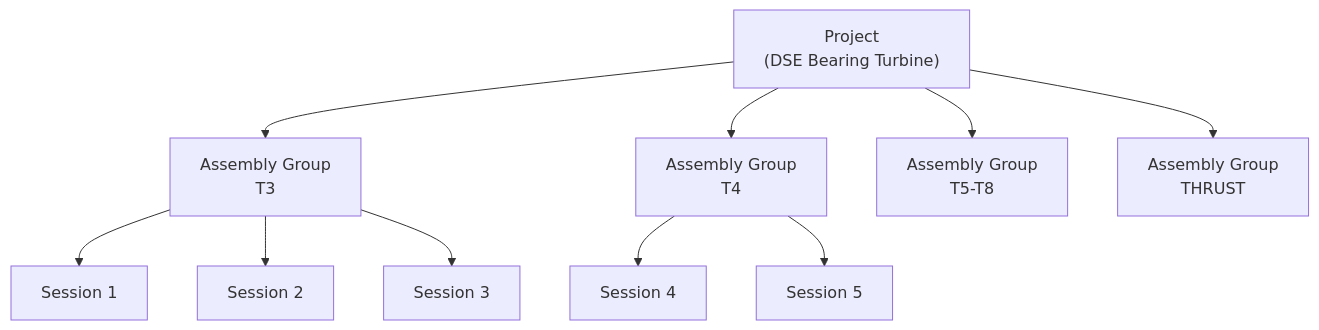
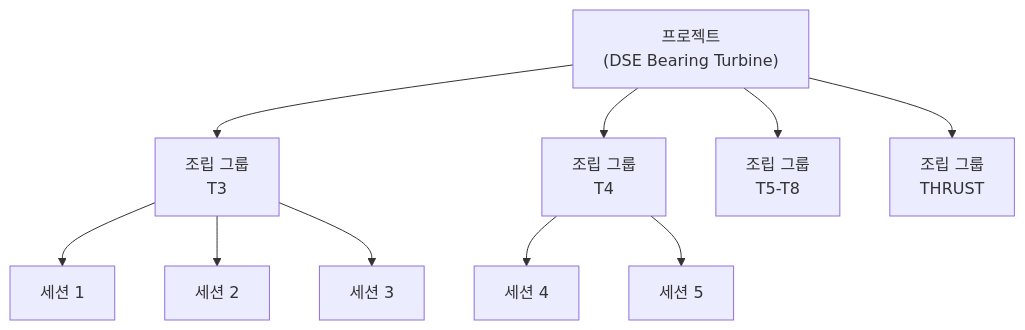
One commit to uprootai/AX_OCR changed the first of 3 diagrams in docs-site/docs/batch-delivery/project-management.md. Above: the diagram before and after it, drawn with Mermaid. The commit also changed other lines of this file and 64 other files, not shown here.

````diff
--- a/docs-site/docs/batch-delivery/project-management.md
+++ b/docs-site/docs/batch-delivery/project-management.md
@@ -11,10 +11,10 @@
 ```mermaid
 flowchart TD
-    P["Project\n(DSE Bearing Turbine)"] --> AG1["Assembly Group\nT3"]
-    P --> AG2["Assembly Group\nT4"]
-    P --> AG3["Assembly Group\nT5-T8"]
-    P --> AG4["Assembly Group\nTHRUST"]
+    P["프로젝트\n(DSE Bearing Turbine)"] --> AG1["조립 그룹\nT3"]
+    P --> AG2["조립 그룹\nT4"]
+    P --> AG3["조립 그룹\nT5-T8"]
+    P --> AG4["조립 그룹\nTHRUST"]
 
-    AG1 --> S1["Session 1"] & S2["Session 2"] & S3["Session 3"]
-    AG2 --> S4["Session 4"] & S5["Session 5"]
+    AG1 --> S1["세션 1"] & S2["세션 2"] & S3["세션 3"]
+    AG2 --> S4["세션 4"] & S5["세션 5"]
 ```
````
